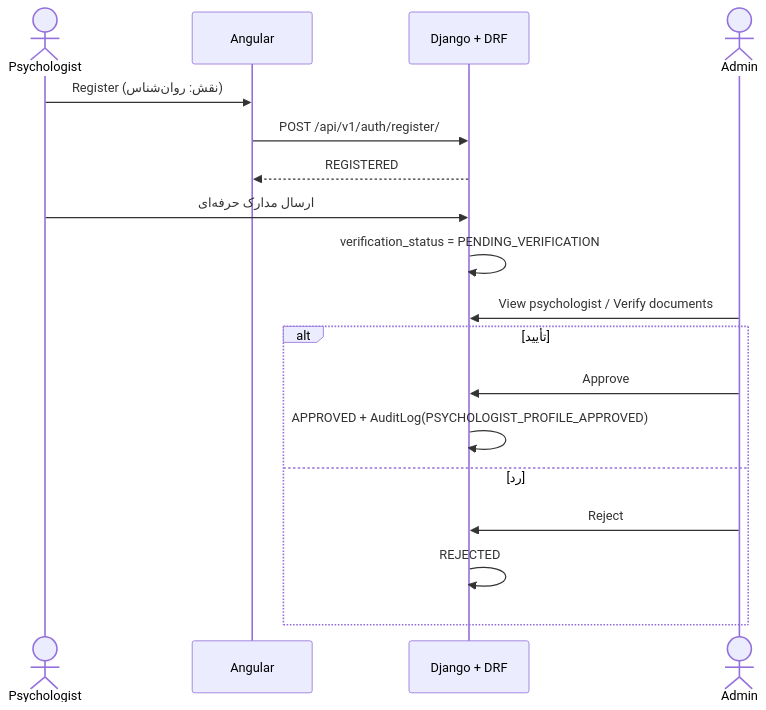
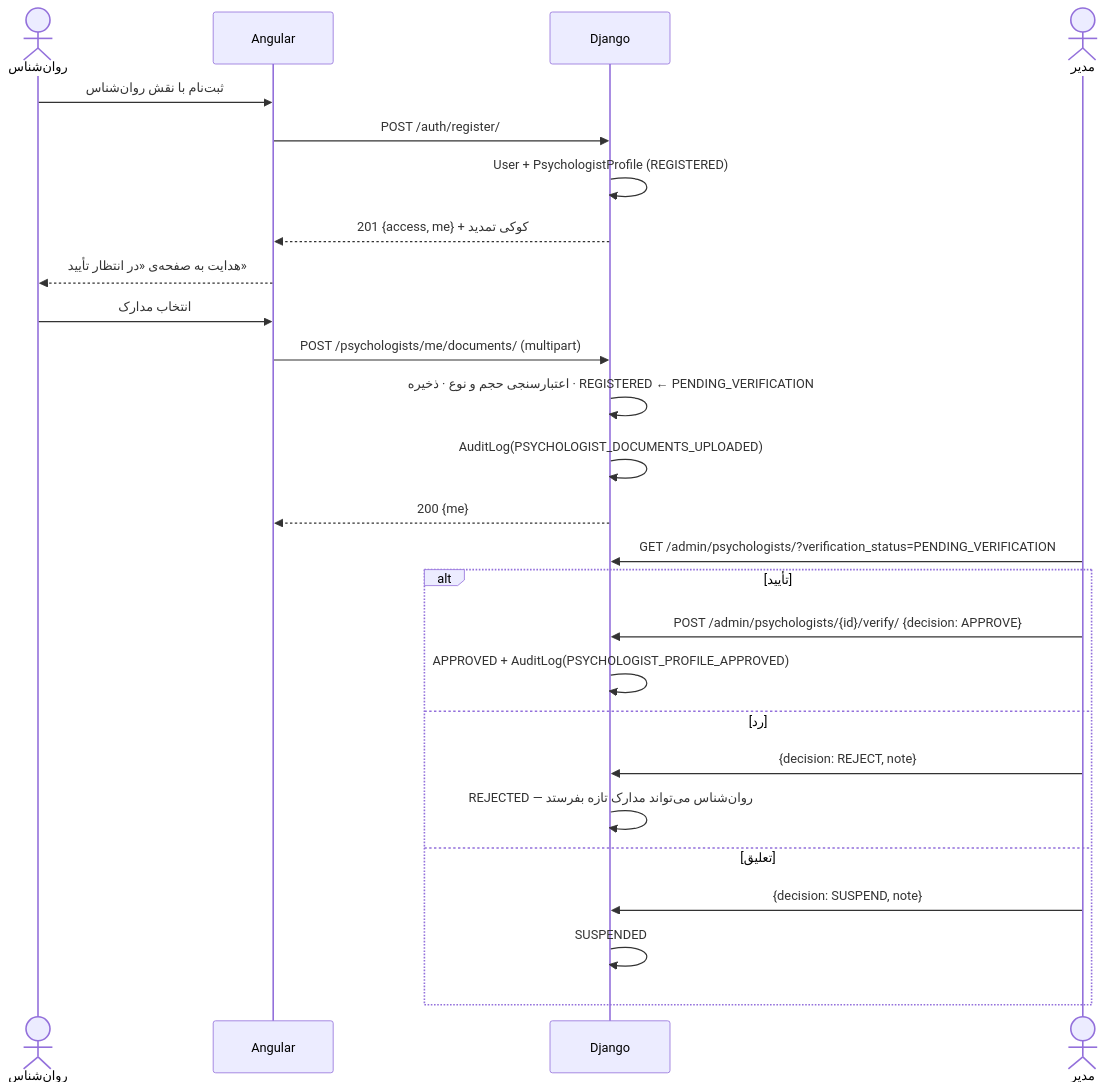
Before and after one commit to elmkhah/rorschach: the first of 13 diagrams in documentation/05-sequence-diagrams.md, drawn with Mermaid. The commit also changed other lines of this file and 23 other files, not shown here.

````diff
--- a/documentation/05-sequence-diagrams.md
+++ b/documentation/05-sequence-diagrams.md
@@ -22,21 +29,31 @@
 ```mermaid
 sequenceDiagram
-    actor PS as Psychologist
+    actor PS as روان‌شناس
     participant FE as Angular
-    participant BE as Django + DRF
-    actor AD as Admin
+    participant BE as Django
+    actor AD as مدیر
 
-    PS->>FE: Register (نقش: روان‌شناس)
-    FE->>BE: POST /api/v1/auth/register/
-    BE-->>FE: REGISTERED
-    PS->>BE: ارسال مدارک حرفه‌ای
-    BE->>BE: verification_status = PENDING_VERIFICATION
-    AD->>BE: View psychologist / Verify documents
+    PS->>FE: ثبت‌نام با نقش روان‌شناس
+    FE->>BE: POST /auth/register/
+    BE->>BE: User + PsychologistProfile (REGISTERED)
+    BE-->>FE: 201 {access, me} + کوکی تمدید
+    FE-->>PS: هدایت به صفحه‌ی «در انتظار تأیید»
+
+    PS->>FE: انتخاب مدارک
+    FE->>BE: POST /psychologists/me/documents/ (multipart)
+    BE->>BE: اعتبارسنجی حجم و نوع · ذخیره · REGISTERED ← PENDING_VERIFICATION
+    BE->>BE: AuditLog(PSYCHOLOGIST_DOCUMENTS_UPLOADED)
+    BE-->>FE: 200 {me}
+
+    AD->>BE: GET /admin/psychologists/?verification_status=PENDING_VERIFICATION
     alt تأیید
-        AD->>BE: Approve
+        AD->>BE: POST /admin/psychologists/{id}/verify/ {decision: APPROVE}
         BE->>BE: APPROVED + AuditLog(PSYCHOLOGIST_PROFILE_APPROVED)
     else رد
-        AD->>BE: Reject
-        BE->>BE: REJECTED
+        AD->>BE: {decision: REJECT, note}
+        BE->>BE: REJECTED — روان‌شناس می‌تواند مدارک تازه بفرستد
+    else تعلیق
+        AD->>BE: {decision: SUSPEND, note}
+        BE->>BE: SUSPENDED
     end
 ```
````
